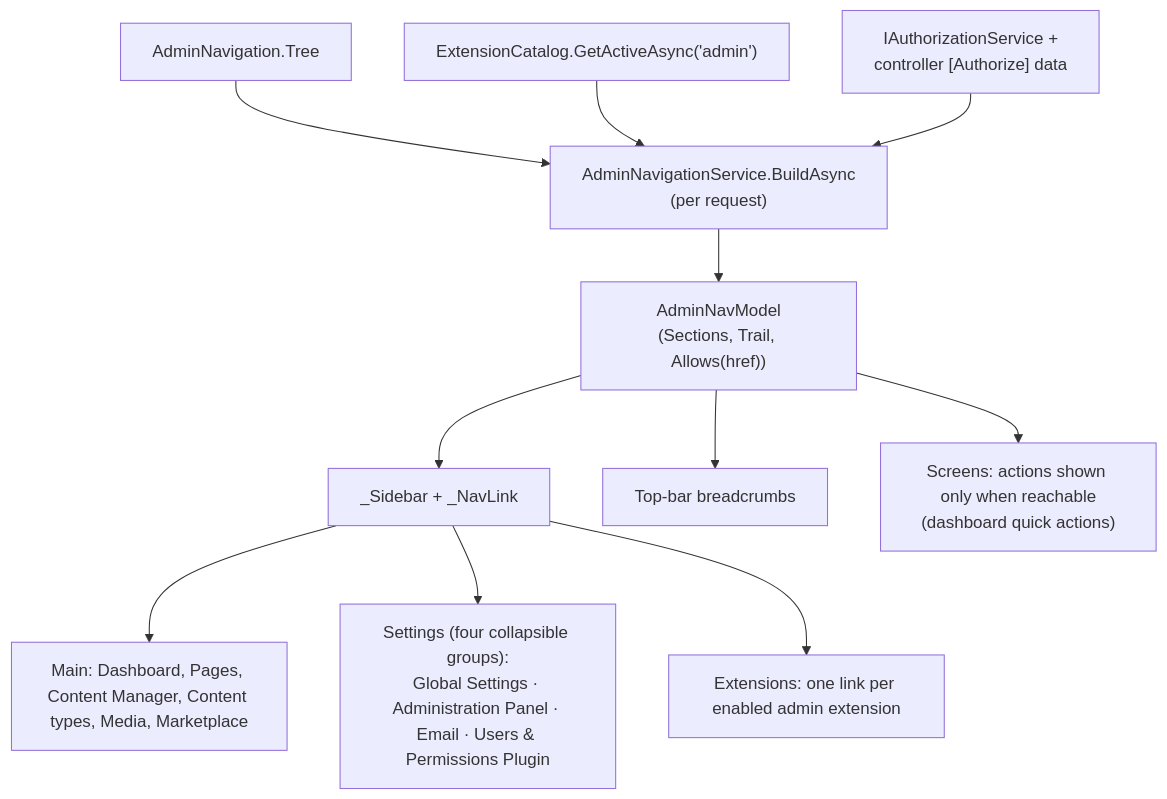
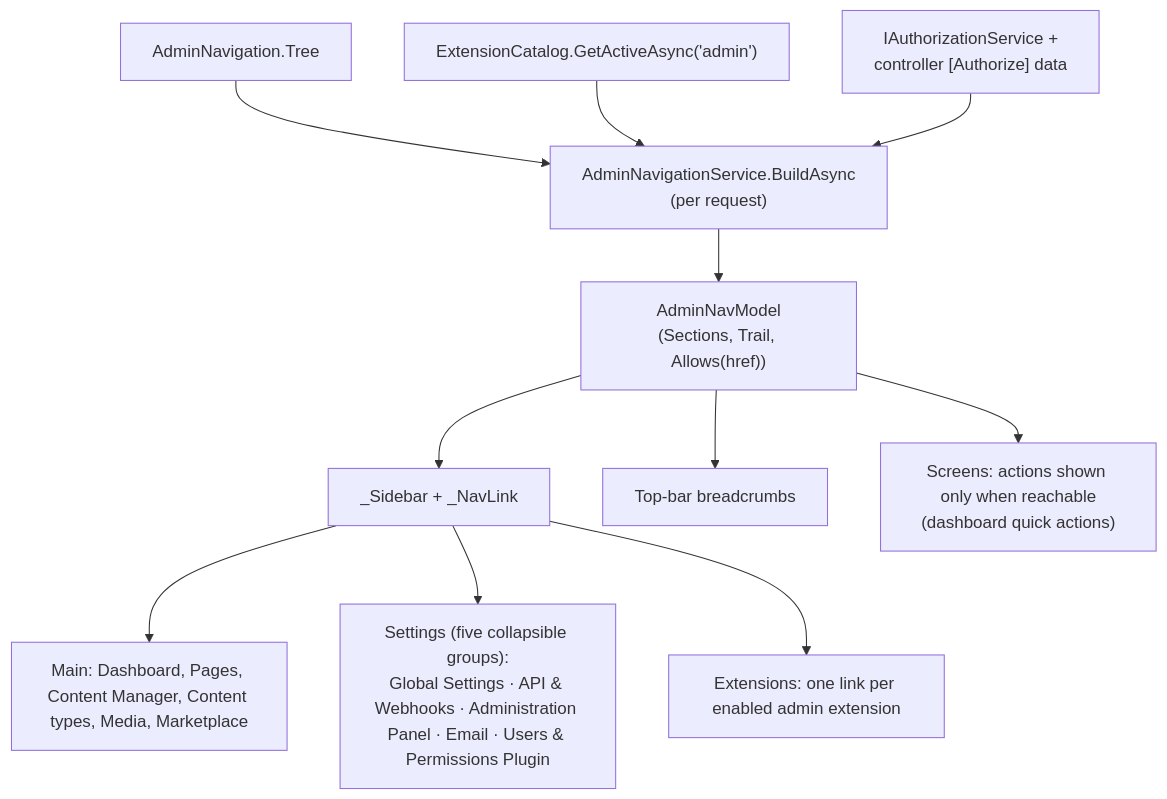
One commit to Albadit/DotNetForge changed the second of 3 diagrams in .docs/architecture/pages.md. Above: the diagram before and after it, drawn with Mermaid. The commit also changed other lines of this file and 71 other files, not shown here.

````diff
--- a/.docs/architecture/pages.md
+++ b/.docs/architecture/pages.md
@@ -153,13 +154,13 @@
 ```mermaid
 flowchart TB
     Tree["AdminNavigation.Tree"] --> Svc["AdminNavigationService.BuildAsync<br/>(per request)"]
     Cat["ExtensionCatalog.GetActiveAsync('admin')"] --> Svc
     Auth["IAuthorizationService +<br/>controller [Authorize] data"] --> Svc
     Svc --> Model["AdminNavModel<br/>(Sections, Trail, Allows(href))"]
     Model --> Sidebar["_Sidebar + _NavLink"]
     Model --> Crumbs["Top-bar breadcrumbs"]
     Model --> Screens["Screens: actions shown only when reachable<br/>(dashboard quick actions)"]
     Sidebar --> Main["Main: Dashboard, Pages, Content Manager, Content types, Media, Marketplace"]
-    Sidebar --> Settings["Settings (four collapsible groups):<br/>Global Settings · Administration Panel · Email · Users & Permissions Plugin"]
+    Sidebar --> Settings["Settings (five collapsible groups):<br/>Global Settings · API & Webhooks · Administration Panel · Email · Users & Permissions Plugin"]
     Sidebar --> Ext["Extensions: one link per enabled admin extension"]
 ```
````
